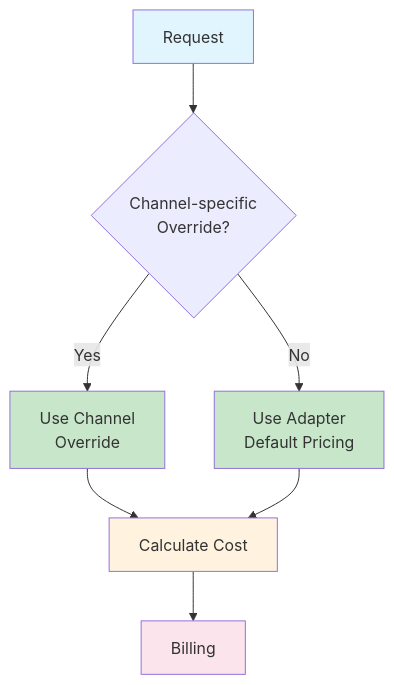
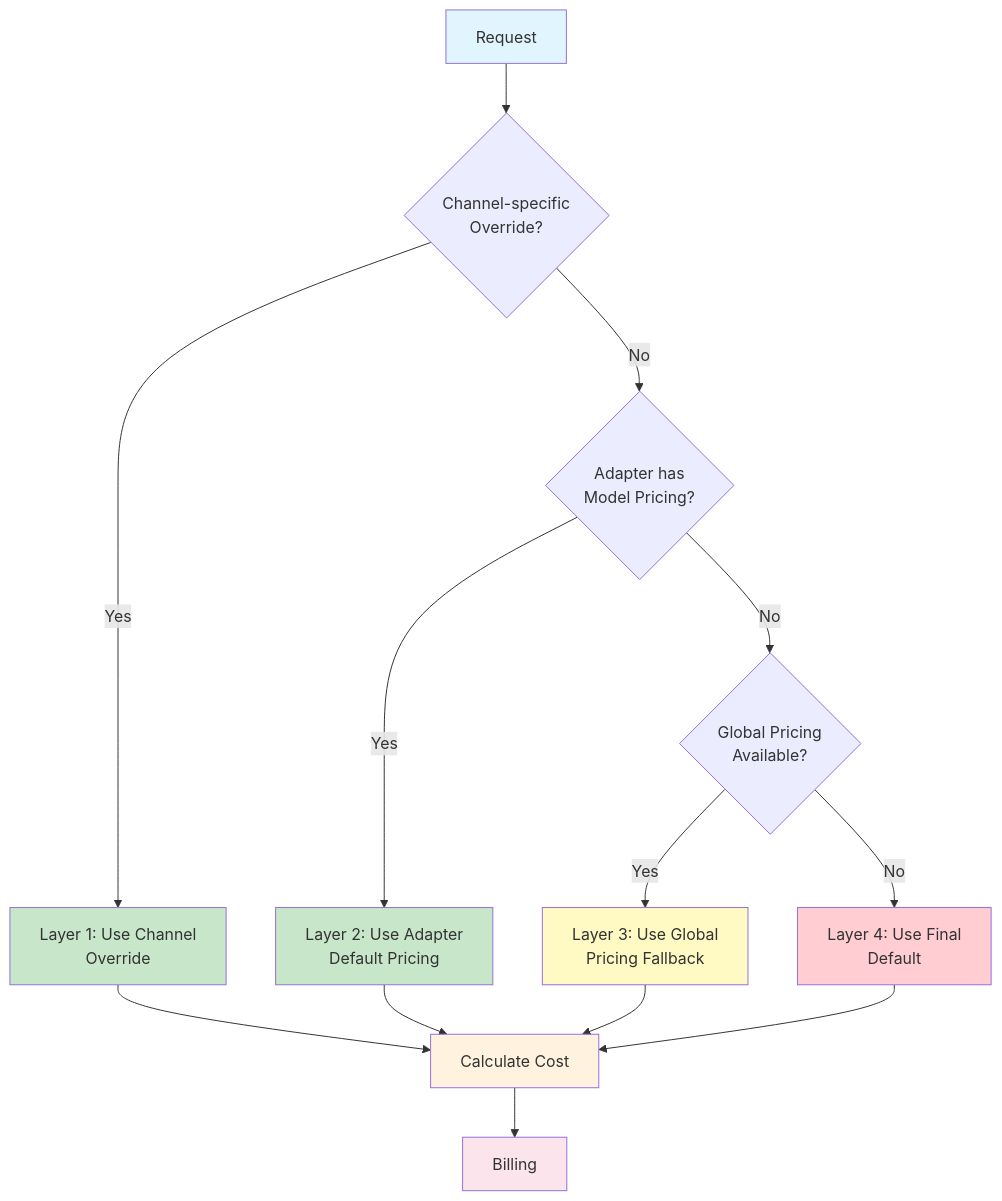
One commit to maru7777/one-api changed the third of 9 diagrams in docs/arch/billing.md. Above: the diagram before and after it, drawn with Mermaid. The commit also changed other lines of this file and 17 other files, not shown here.

````diff
--- a/docs/arch/billing.md
+++ b/docs/arch/billing.md
@@ -225,17 +230,27 @@
 ```mermaid
 graph TD
     REQ[Request] --> CCP{Channel-specific<br/>Override?}
-    CCP -->|Yes| CSP[Use Channel<br/>Override]
-    CCP -->|No| ADP[Use Adapter<br/>Default Pricing]
+    CCP -->|Yes| CSP[Layer 1: Use Channel<br/>Override]
+    CCP -->|No| ADP{Adapter has<br/>Model Pricing?}
+
+    ADP -->|Yes| ADP_PRICE[Layer 2: Use Adapter<br/>Default Pricing]
+    ADP -->|No| GP{Global Pricing<br/>Available?}
+
+    GP -->|Yes| GP_PRICE[Layer 3: Use Global<br/>Pricing Fallback]
+    GP -->|No| DEFAULT[Layer 4: Use Final<br/>Default]
 
     CSP --> CALC[Calculate Cost]
-    ADP --> CALC
+    ADP_PRICE --> CALC
+    GP_PRICE --> CALC
+    DEFAULT --> CALC
 
     CALC --> BILL[Billing]
 
     style REQ fill:#e1f5fe
     style CSP fill:#c8e6c9
-    style ADP fill:#c8e6c9
+    style ADP_PRICE fill:#c8e6c9
+    style GP_PRICE fill:#fff9c4
+    style DEFAULT fill:#ffcdd2
     style CALC fill:#fff3e0
     style BILL fill:#fce4ec
 ```
````
